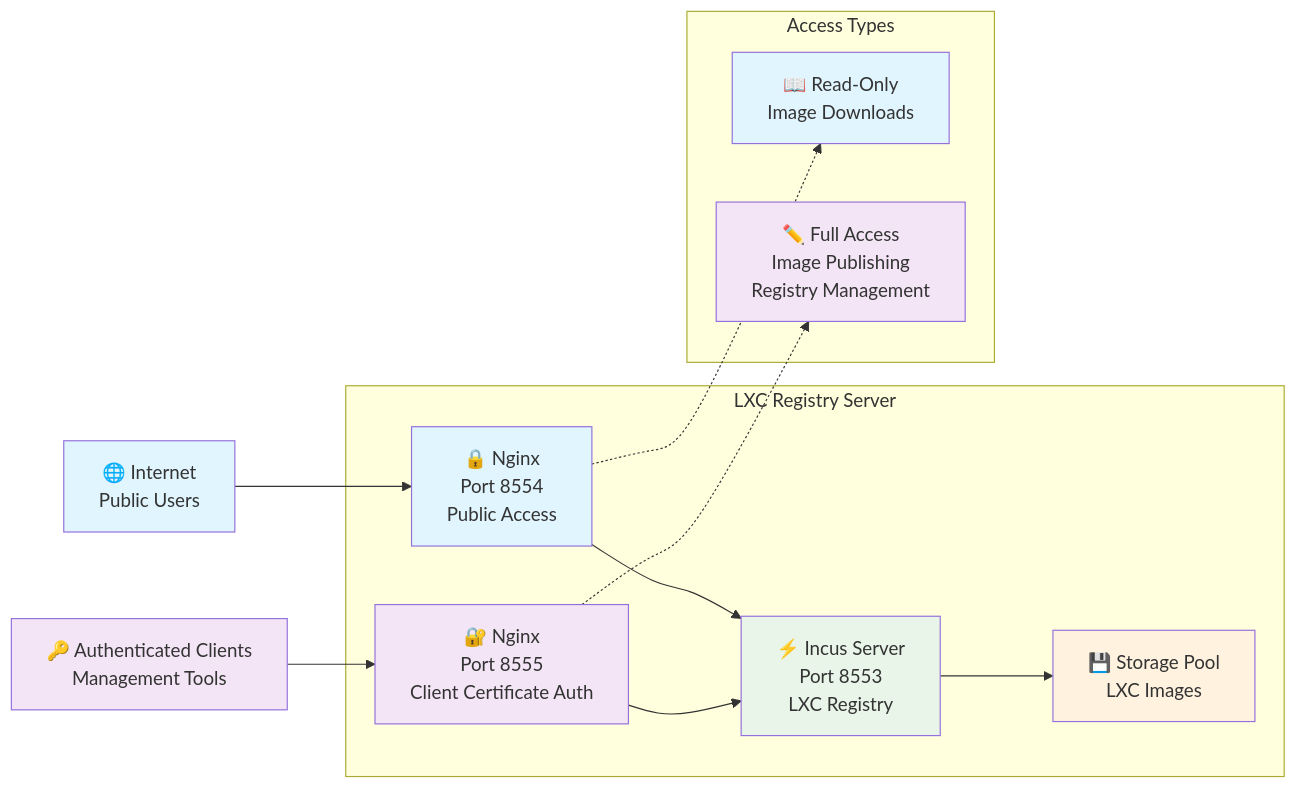
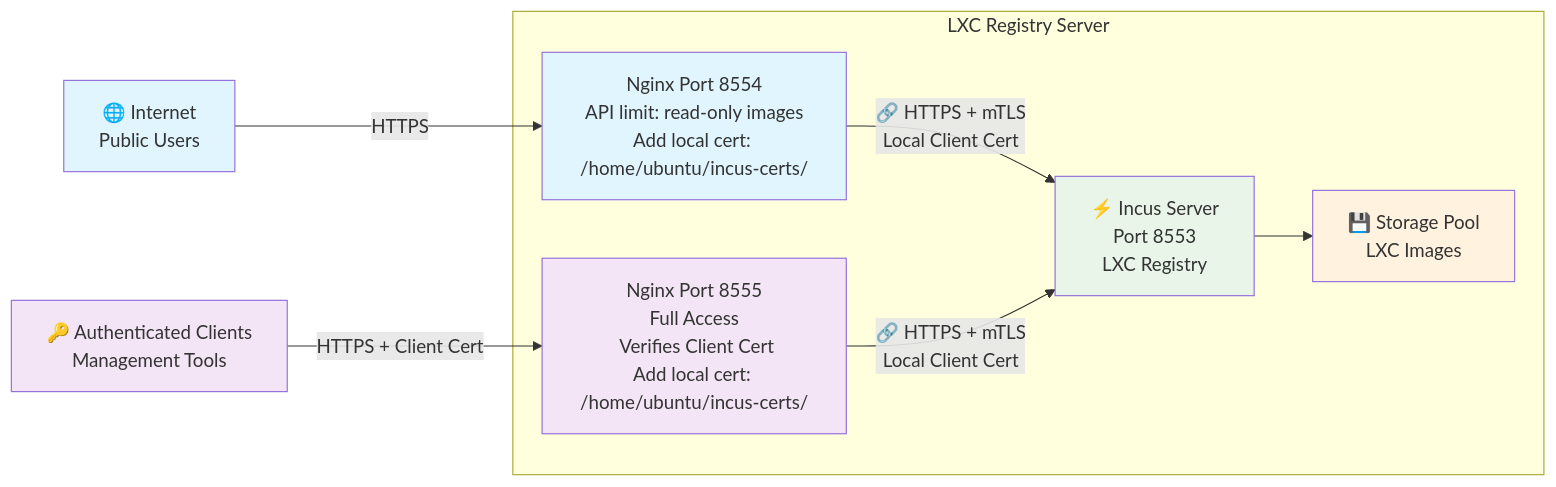
One commit to lukewwww/crynux-node changed the diagram in build/lxc/registry.md. Above: the diagram before and after it, drawn with Mermaid. The commit also changed other lines of this file, not shown here.

Commit message:
Update mermaid diagram and clarify nginx certificate verification logic

````diff
--- a/build/lxc/registry.md
+++ b/build/lxc/registry.md
@@ -13,35 +13,27 @@
 ```mermaid
 graph LR
-    Internet[🌐 Internet<br/>Public Users] --> Nginx8554[🔒 Nginx<br/>Port 8554<br/>Public Access]
-    AuthClients[🔑 Authenticated Clients<br/>Management Tools] --> Nginx8555[🔐 Nginx<br/>Port 8555<br/>Client Certificate Auth]
+    Internet[🌐 Internet<br/>Public Users] -->|"HTTPS"| Nginx8554[Nginx Port 8554<br/>API limit: read-only images<br/>Add local cert: /home/ubuntu/incus-certs/]
+    AuthClients[🔑 Authenticated Clients<br/>Management Tools] -->|"HTTPS + Client Cert"| Nginx8555[Nginx Port 8555<br/>Full Access<br/> Verifies Client Cert<br/>Add local cert: /home/ubuntu/incus-certs/]
 
-    Nginx8554 --> IncusServer[⚡ Incus Server<br/>Port 8553<br/>LXC Registry]
-    Nginx8555 --> IncusServer
+    Nginx8554 -->|"🔗 HTTPS + mTLS<br/>Local Client Cert<br/>"| IncusServer[⚡ Incus Server<br/>Port 8553<br/>LXC Registry]
+    Nginx8555 -->|"🔗 HTTPS + mTLS<br/>Local Client Cert<br/>"| IncusServer
 
     IncusServer --> Storage[💾 Storage Pool<br/>LXC Images]
 
     subgraph "LXC Registry Server"
         Nginx8554
         Nginx8555
         IncusServer
         Storage
     end
 
-    subgraph "Access Types"
-        ReadOnly[📖 Read-Only<br/>Image Downloads]
-        FullAccess[✏️ Full Access<br/>Image Publishing<br/>Registry Management]
-    end
-
-    Nginx8554 -.-> ReadOnly
-    Nginx8555 -.-> FullAccess
-
     classDef publicAccess fill:#e1f5fe
     classDef authAccess fill:#f3e5f5
     classDef server fill:#e8f5e8
     classDef storage fill:#fff3e0
 
-    class Internet,Nginx8554,ReadOnly publicAccess
-    class AuthClients,Nginx8555,FullAccess authAccess
+    class Internet,Nginx8554 publicAccess
+    class AuthClients,Nginx8555 authAccess
     class IncusServer server
     class Storage storage
 ```
````
